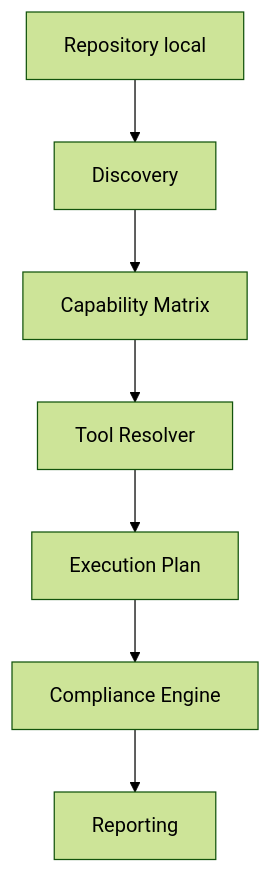
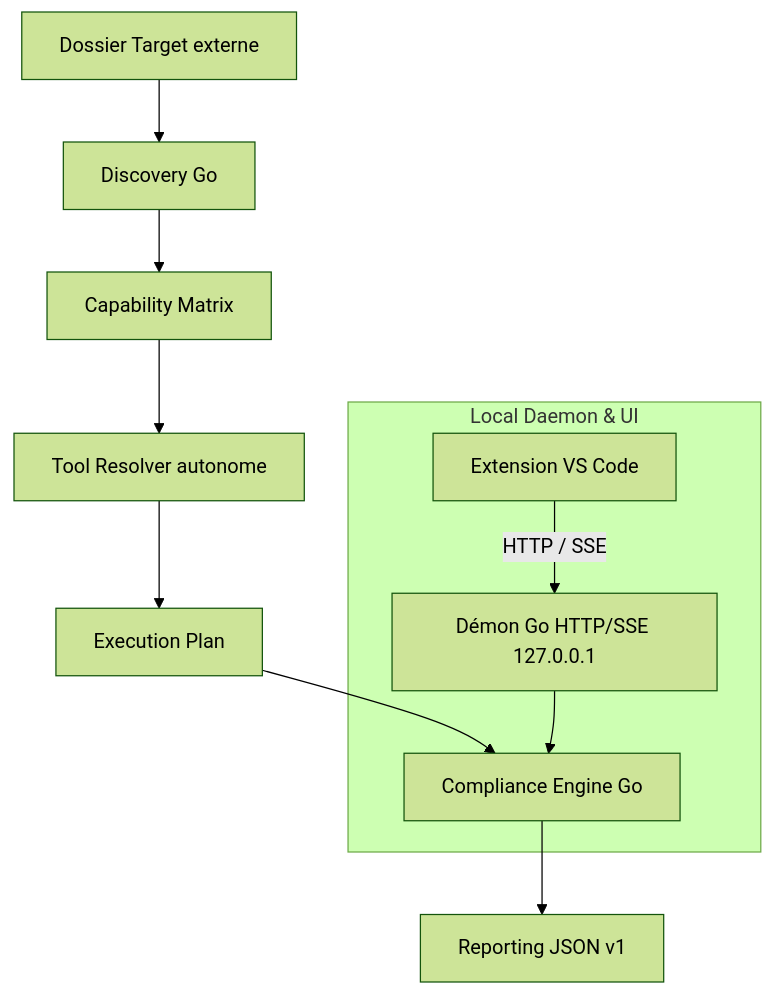
One commit to LORD-SOUPEX/Compliance_Platform changed the diagram in README.md. Above: the diagram before and after it, drawn with Mermaid (forest theme). The commit also changed other lines of this file and 9 other files, not shown here.

````diff
--- a/README.md
+++ b/README.md
@@ -20,9 +20,14 @@
 ```mermaid
 flowchart TD
-    Repo[Repository local] --> Discovery[Discovery]
+    Target[Dossier Target externe] --> Discovery[Discovery Go]
     Discovery --> Matrix[Capability Matrix]
-    Matrix --> Resolver[Tool Resolver]
+    Matrix --> Resolver[Tool Resolver autonome]
     Resolver --> Plan[Execution Plan]
-    Plan --> Engine[Compliance Engine]
-    Engine --> Report[Reporting]
+    Plan --> Engine[Compliance Engine Go]
+    Engine --> Report[Reporting JSON v1]
+    
+    subgraph Local Daemon & UI
+        Daemon[Démon Go HTTP/SSE 127.0.0.1] --> Engine
+        VSCode[Extension VS Code] -->|HTTP / SSE| Daemon
+    end
 ```
````
